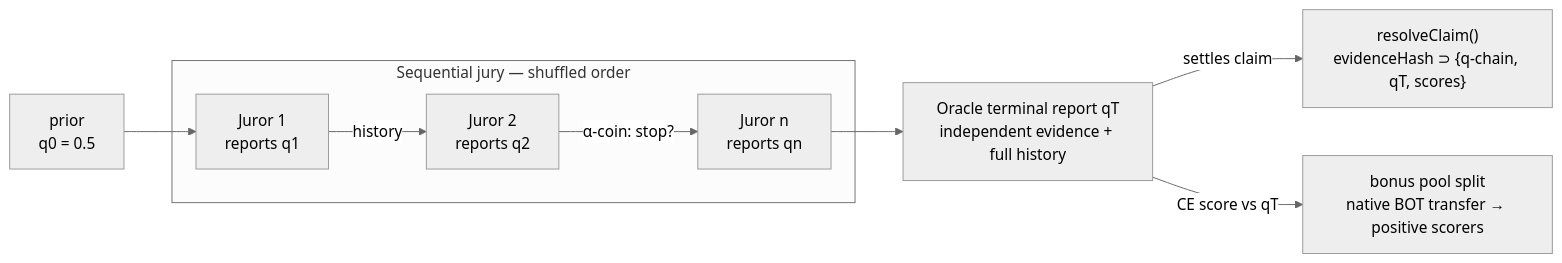
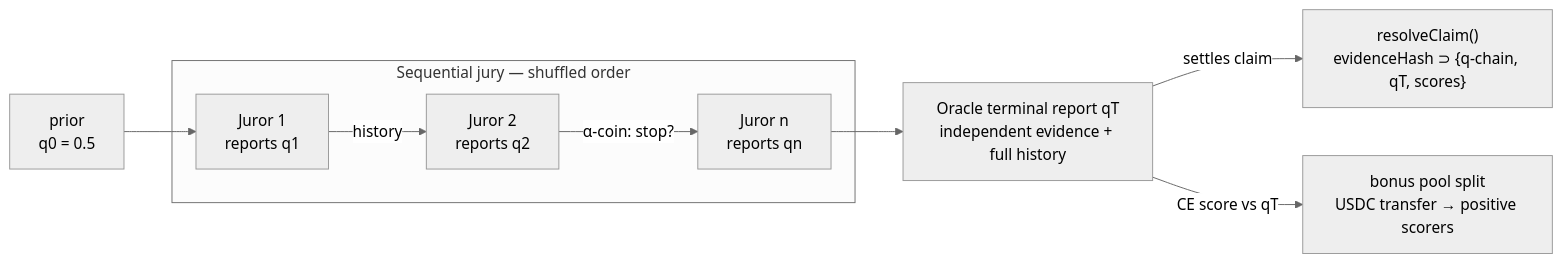
One commit to enliven17/mimir-base changed the second of 2 diagrams in docs/COUNCIL.md. Above: the diagram before and after it, drawn with Mermaid (neutral theme). The commit also changed other lines of this file and 2 other files, not shown here.

Commit message:
docs: AGENTS.md, AGENT_PROMPT.md and COUNCIL.md describe the Base/USDC/x402 model

````diff
--- a/docs/COUNCIL.md
+++ b/docs/COUNCIL.md
@@ -121,11 +121,11 @@
 ```mermaid
 flowchart LR
     P0["prior<br/>q0 = 0.5"] --> J1
     subgraph jury[Sequential jury — shuffled order]
         J1["Juror 1<br/>reports q1"] -->|"history"| J2["Juror 2<br/>reports q2"]
         J2 -->|"α-coin: stop?"| JN["Juror n<br/>reports qn"]
     end
     JN --> REF["Oracle terminal report qT<br/>independent evidence + full history"]
     REF -->|"settles claim"| CHAIN["resolveClaim()<br/>evidenceHash ⊃ {q-chain, qT, scores}"]
-    REF -->|"CE score vs qT"| BONUS["bonus pool split<br/>native BOT transfer → positive scorers"]
+    REF -->|"CE score vs qT"| BONUS["bonus pool split<br/>USDC transfer → positive scorers"]
 ```
````
